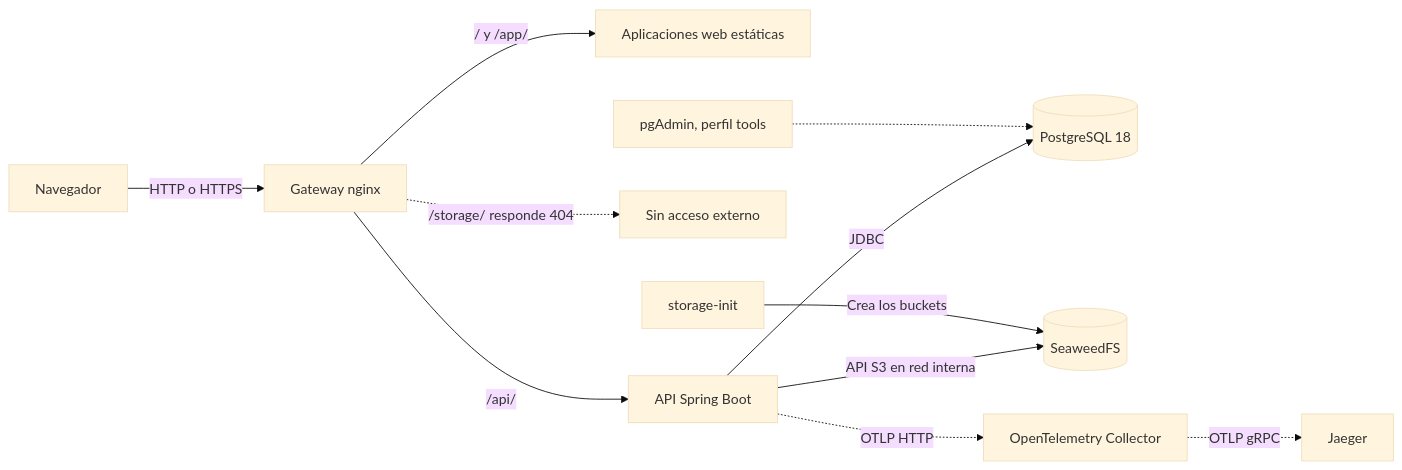
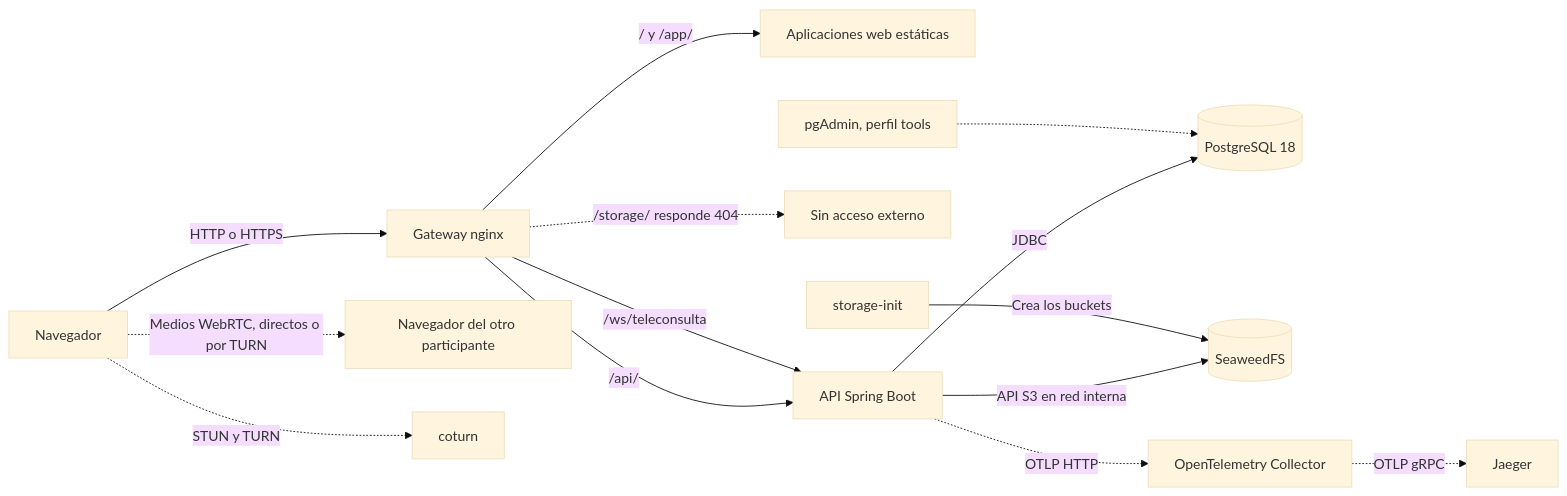
The second of 38 diagrams in README.md (jhonsferg/tusalud), drawn with Mermaid (base theme) before and after one commit. The commit also changed other lines of this file and 2 other files, not shown here.

````diff
--- a/README.md
+++ b/README.md
@@ -387,13 +398,16 @@
 ```mermaid
 flowchart LR
     Navegador[Navegador] -->|HTTP o HTTPS| Gateway[Gateway nginx]
     Gateway -->|/ y /app/| Web[Aplicaciones web estáticas]
     Gateway -->|/api/| API[API Spring Boot]
     Gateway -.->|/storage/ responde 404| Bloqueado[Sin acceso externo]
     API -->|JDBC| BD[(PostgreSQL 18)]
     API -->|API S3 en red interna| Almacen[(SeaweedFS)]
+    Gateway -->|/ws/teleconsulta| API
+    Navegador -.->|Medios WebRTC, directos o por TURN| Navegador2[Navegador del otro participante]
+    Navegador -.->|STUN y TURN| Turn[coturn]
     Init[storage-init] -->|Crea los buckets| Almacen
     API -.->|OTLP HTTP| Collector[OpenTelemetry Collector]
     Collector -.->|OTLP gRPC| Jaeger[Jaeger]
     PgAdmin[pgAdmin, perfil tools] -.-> BD
 ```
````
